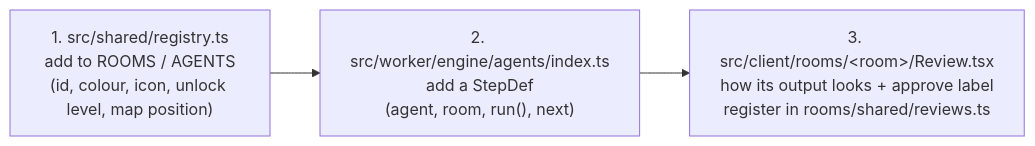
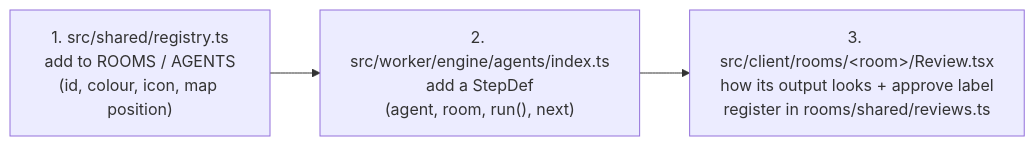
One commit to oobinks/binksuite changed the fourth of 4 diagrams in README.md. Above: the diagram before and after it, drawn with Mermaid. The commit also changed other lines of this file and 20 other files, not shown here.

````diff
--- a/README.md
+++ b/README.md
@@ -110,5 +110,5 @@
 ```mermaid
 flowchart LR
-    A["1. src/shared/registry.ts<br/>add to ROOMS / AGENTS<br/>(id, colour, icon, unlock level, map position)"] --> B["2. src/worker/engine/agents/index.ts<br/>add a StepDef<br/>(agent, room, run(), next)"]
+    A["1. src/shared/registry.ts<br/>add to ROOMS / AGENTS<br/>(id, colour, icon, map position)"] --> B["2. src/worker/engine/agents/index.ts<br/>add a StepDef<br/>(agent, room, run(), next)"]
     B --> C["3. src/client/rooms/&lt;room&gt;/Review.tsx<br/>how its output looks + approve label<br/>register in rooms/shared/reviews.ts"]
 ```
````
